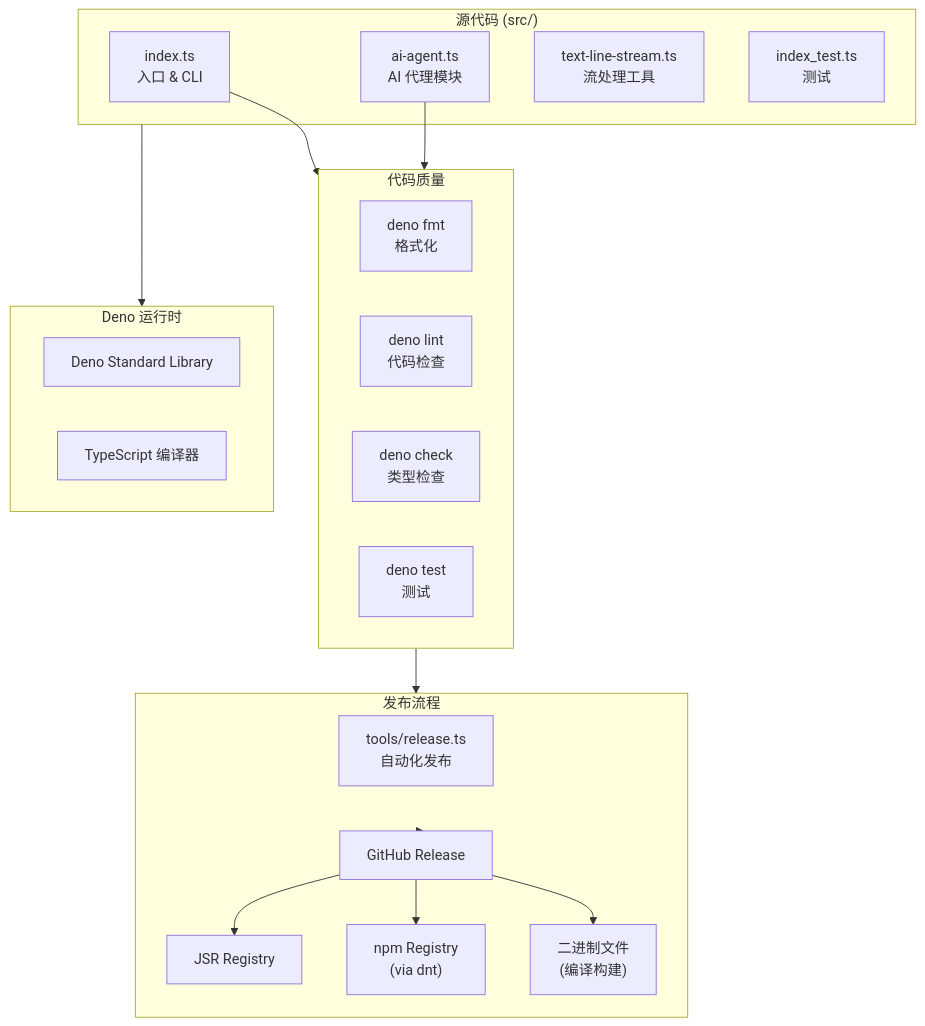
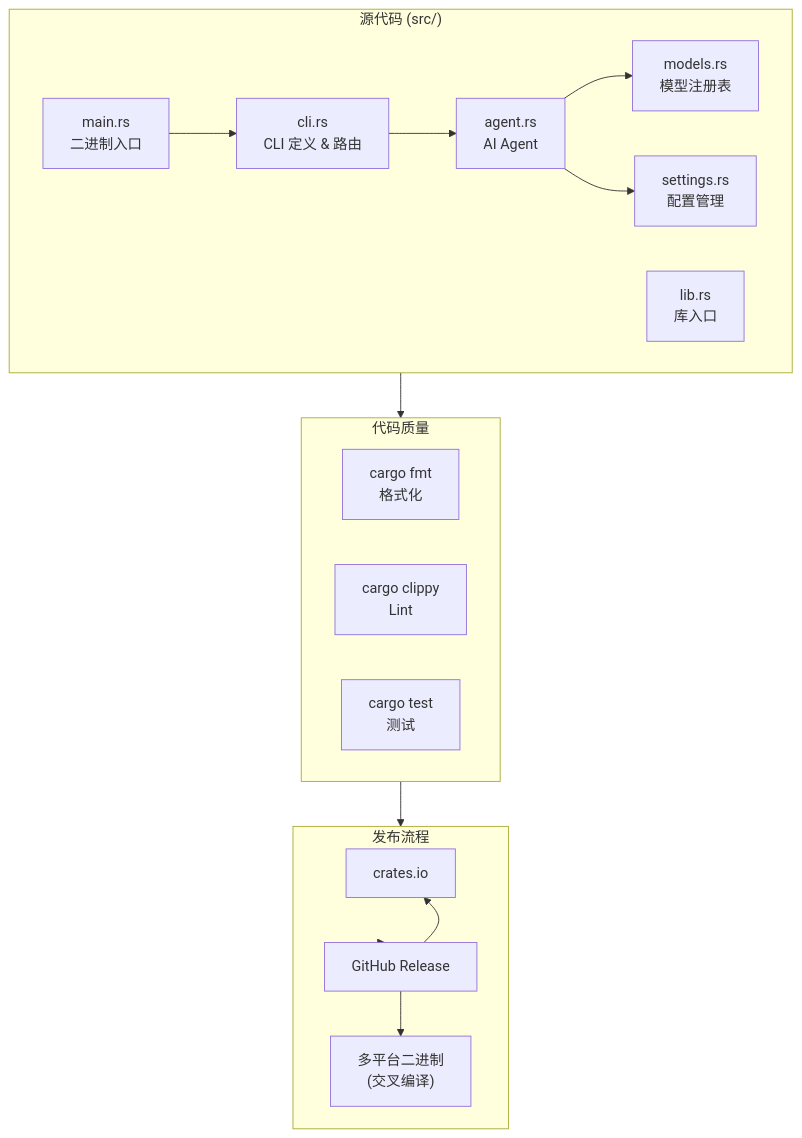
The diagram in docs/content/advanced/architecture.mdx (shenjingnan/zapmyco), drawn with Mermaid before and after one commit. The commit also changed other lines of this file and 7 other files, not shown here.

````diff
--- a/docs/content/advanced/architecture.mdx
+++ b/docs/content/advanced/architecture.mdx
@@ -8,38 +8,33 @@
 ```mermaid
 graph TB
     subgraph Source["源代码 (src/)"]
-        index["index.ts<br/>入口 & CLI"]
-        agent["ai-agent.ts<br/>AI 代理模块"]
-        stream["text-line-stream.ts<br/>流处理工具"]
-        test["index_test.ts<br/>测试"]
-    end
-
-    subgraph Runtime["Deno 运行时"]
-        std["Deno Standard Library"]
-        typescript["TypeScript 编译器"]
+        main["main.rs<br/>二进制入口"]
+        lib["lib.rs<br/>库入口"]
+        cli["cli.rs<br/>CLI 定义 & 路由"]
+        agent["agent.rs<br/>AI Agent"]
+        models["models.rs<br/>模型注册表"]
+        settings["settings.rs<br/>配置管理"]
     end
 
     subgraph Quality["代码质量"]
-        fmt["deno fmt<br/>格式化"]
-        lint["deno lint<br/>代码检查"]
-        check["deno check<br/>类型检查"]
-        dt["deno test<br/>测试"]
+        fmt["cargo fmt<br/>格式化"]
+        clippy["cargo clippy<br/>Lint"]
+        test["cargo test<br/>测试"]
     end
 
     subgraph Release["发布流程"]
-        release_script["tools/release.ts<br/>自动化发布"]
-        github_release["GitHub Release"]
-        jsr["JSR Registry"]
-        npm["npm Registry<br/>(via dnt)"]
-        binary["二进制文件<br/>(编译构建)"]
+        crates_io["crates.io"]
+        gh_release["GitHub Release"]
+        binaries["多平台二进制<br/>(交叉编译)"]
     end
 
-    Source --> Runtime
-    index --> Quality
-    agent --> Quality
+    main --> cli
+    cli --> agent
+    agent --> models
+    agent --> settings
+    Source --> Quality
     Quality --> Release
-    Release --> github_release
-    github_release --> jsr
-    github_release --> npm
-    github_release --> binary
+    Release --> gh_release
+    gh_release --> crates_io
+    gh_release --> binaries
 ```
````
